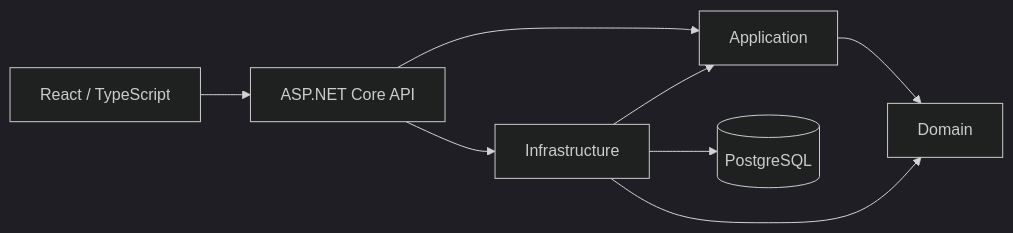
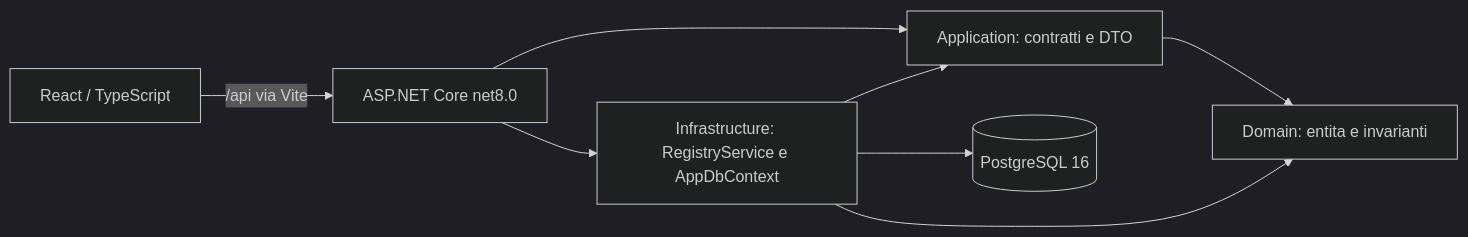
The diagram in docs/architecture/overview.md (monmic/CondoManager), drawn with Mermaid (dark theme) before and after one commit. The commit also changed other lines of this file and 18 other files, not shown here.

```diff
--- a/docs/architecture/overview.md
+++ b/docs/architecture/overview.md
@@ -2,10 +2,10 @@
 ~~~mermaid
 flowchart LR
-  Web[React / TypeScript] --> Api[ASP.NET Core API]
-  Api --> Application
-  Api --> Infrastructure
-  Infrastructure --> Application
-  Application --> Domain
-  Infrastructure --> Domain
-  Infrastructure --> DB[(PostgreSQL)]
+    React[React / TypeScript] -->|/api via Vite| Api[ASP.NET Core net8.0]
+    Api --> Application[Application: contratti e DTO]
+    Api --> Infrastructure[Infrastructure: RegistryService e AppDbContext]
+    Infrastructure --> Application
+    Application --> Domain[Domain: entita e invarianti]
+    Infrastructure --> Domain
+    Infrastructure --> PostgreSQL[(PostgreSQL 16)]
 ~~~
```
